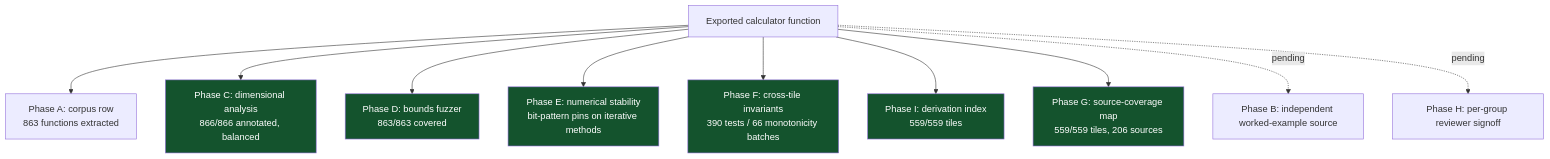
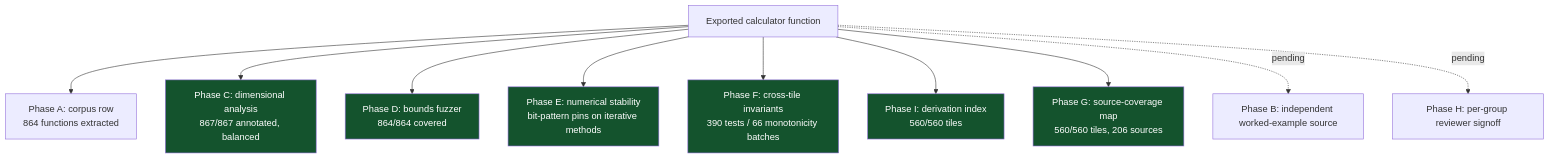
The fourth of 6 diagrams in README.md (clay-good/roughlogic.com), drawn with Mermaid before and after one commit. The commit also changed other lines of this file and 14 other files, not shown here.

````diff
--- a/README.md
+++ b/README.md
@@ -268,18 +270,18 @@
 ```mermaid
 flowchart TB
-    F[Exported calculator function] --> A[Phase A: corpus row\n863 functions extracted]
-    F --> C[Phase C: dimensional analysis\n866/866 annotated, balanced]
-    F --> D[Phase D: bounds fuzzer\n863/863 covered]
+    F[Exported calculator function] --> A[Phase A: corpus row\n864 functions extracted]
+    F --> C[Phase C: dimensional analysis\n867/867 annotated, balanced]
+    F --> D[Phase D: bounds fuzzer\n864/864 covered]
     F --> E[Phase E: numerical stability\nbit-pattern pins on iterative methods]
     F --> Fa[Phase F: cross-tile invariants\n390 tests / 66 monotonicity batches]
-    F --> I[Phase I: derivation index\n559/559 tiles]
-    F --> G[Phase G: source-coverage map\n559/559 tiles, 206 sources]
+    F --> I[Phase I: derivation index\n560/560 tiles]
+    F --> G[Phase G: source-coverage map\n560/560 tiles, 206 sources]
     F -.pending.-> B[Phase B: independent worked-example source]
     F -.pending.-> H[Phase H: per-group reviewer signoff]
     style C fill:#14532d,color:#fff
     style D fill:#14532d,color:#fff
     style E fill:#14532d,color:#fff
     style Fa fill:#14532d,color:#fff
     style G fill:#14532d,color:#fff
     style I fill:#14532d,color:#fff
 ```
````
